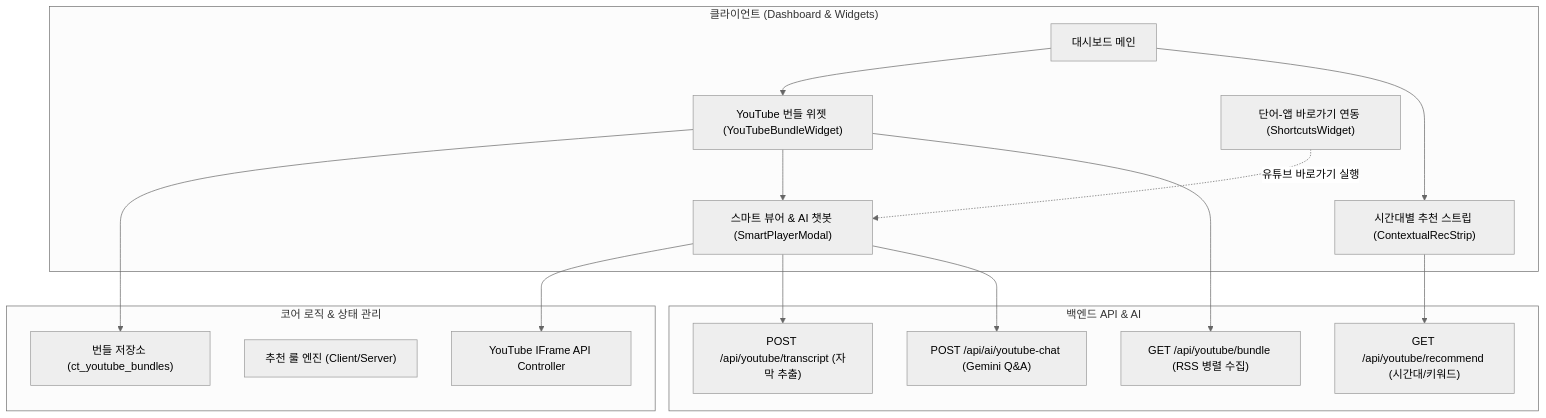
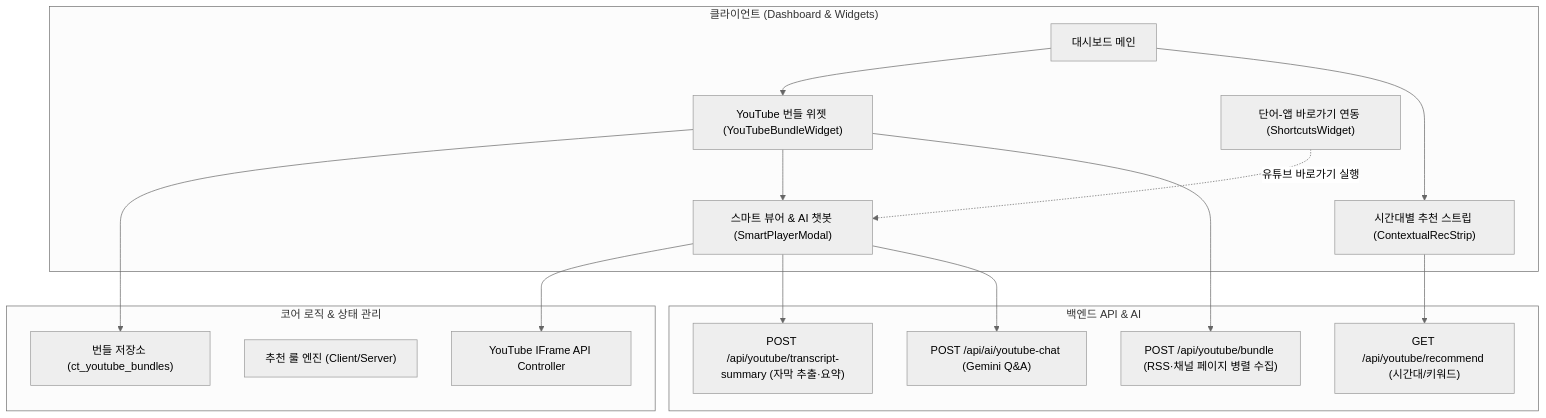
The diagram in doc/11-youtube-viewer-recommendation-bundle-spec.md (dongple-ex/coffee-tide), drawn with Mermaid (neutral theme) before and after one commit. The commit also changed other lines of this file and 20 other files, not shown here.

````diff
--- a/doc/11-youtube-viewer-recommendation-bundle-spec.md
+++ b/doc/11-youtube-viewer-recommendation-bundle-spec.md
@@ -37,34 +37,34 @@
 ```mermaid
 flowchart TB
     subgraph Client ["클라이언트 (Dashboard & Widgets)"]
         UI_Home["대시보드 메인"]
         BW["YouTube 번들 위젯 (YouTubeBundleWidget)"]
         RecStrip["시간대별 추천 스트립 (ContextualRecStrip)"]
         PlayerModal["스마트 뷰어 & AI 챗봇 (SmartPlayerModal)"]
         Shortcuts["단어-앱 바로가기 연동 (ShortcutsWidget)"]
     end
 
     subgraph Core ["코어 로직 & 상태 관리"]
         BundleStore["번들 저장소 (ct_youtube_bundles)"]
         RecEngine["추천 룰 엔진 (Client/Server)"]
         YTPlayerAPI["YouTube IFrame API Controller"]
     end
 
     subgraph Backend ["백엔드 API & AI"]
-        API_Bundle["GET /api/youtube/bundle (RSS 병렬 수집)"]
+        API_Bundle["POST /api/youtube/bundle (RSS·채널 페이지 병렬 수집)"]
         API_Rec["GET /api/youtube/recommend (시간대/키워드)"]
-        API_Transcript["POST /api/youtube/transcript (자막 추출)"]
+        API_Transcript["POST /api/youtube/transcript-summary (자막 추출·요약)"]
         API_Chat["POST /api/ai/youtube-chat (Gemini Q&A)"]
     end
 
     UI_Home --> BW
     UI_Home --> RecStrip
     BW --> BundleStore
     BW --> PlayerModal
     RecStrip --> API_Rec
     BW --> API_Bundle
     PlayerModal --> YTPlayerAPI
     PlayerModal --> API_Transcript
     PlayerModal --> API_Chat
     Shortcuts -.->|유튜브 바로가기 실행| PlayerModal
 ```
````
